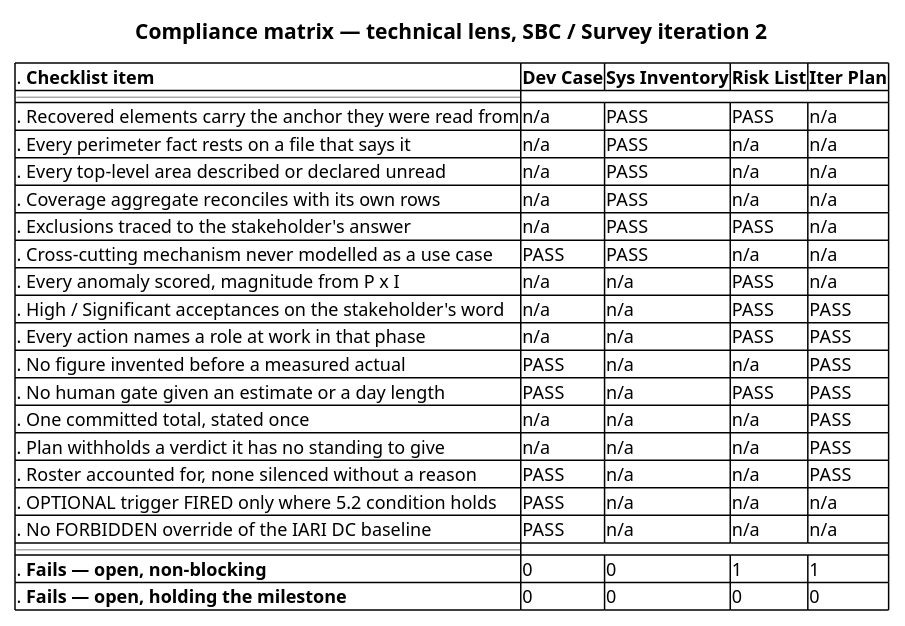
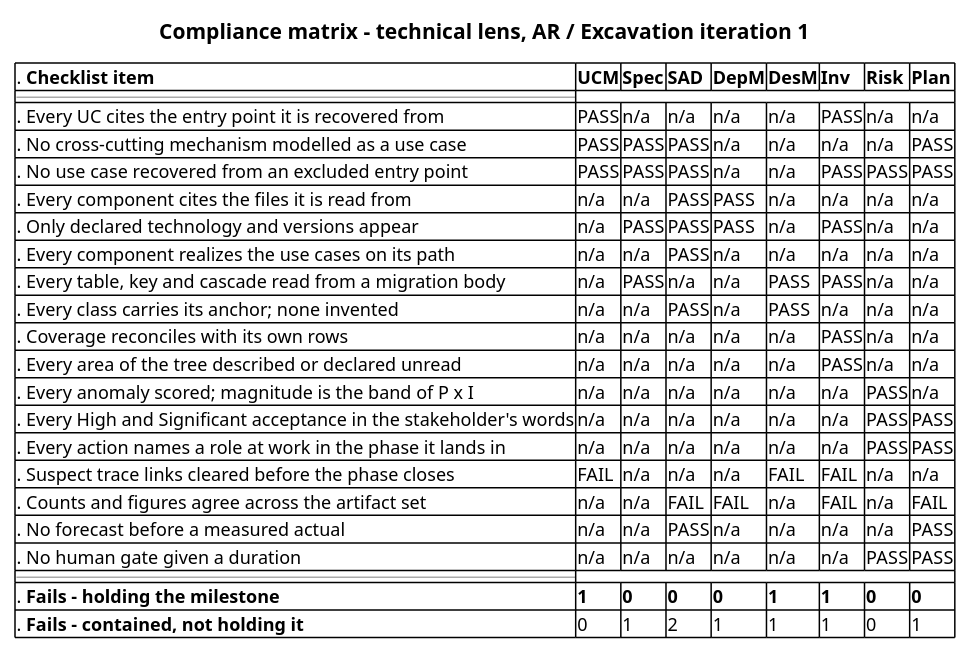
Before and after one commit to banense-test/TodoApp: the sixth of 15 diagrams in docs/artifacts/project-management/review-record.md, drawn with PlantUML. The commit also changed other lines of this file, not shown here.

First line of the commit message:
Reviewer [Excavation1]: upsert Review Record

````diff
--- a/docs/artifacts/project-management/review-record.md
+++ b/docs/artifacts/project-management/review-record.md
@@ -434,30 +558,33 @@
 ```plantuml
+@plantuml
 @startsalt
-title Compliance matrix — technical lens, SBC / Survey iteration 2
+title Compliance matrix - technical lens, AR / Excavation iteration 1
 {
   {#
-    . <b>Checklist item</b> | <b>Dev Case</b> | <b>Sys Inventory</b> | <b>Risk List</b> | <b>Iter Plan</b>
+    . <b>Checklist item</b> | <b>UCM</b> | <b>Spec</b> | <b>SAD</b> | <b>DepM</b> | <b>DesM</b> | <b>Inv</b> | <b>Risk</b> | <b>Plan</b>
     --
-    . Recovered elements carry the anchor they were read from | n/a | PASS | PASS | n/a
-    . Every perimeter fact rests on a file that says it | n/a | PASS | n/a | n/a
-    . Every top-level area described or declared unread | n/a | PASS | n/a | n/a
-    . Coverage aggregate reconciles with its own rows | n/a | PASS | n/a | n/a
-    . Exclusions traced to the stakeholder's answer | n/a | PASS | PASS | n/a
-    . Cross-cutting mechanism never modelled as a use case | PASS | PASS | n/a | n/a
-    . Every anomaly scored, magnitude from P x I | n/a | n/a | PASS | n/a
-    . High / Significant acceptances on the stakeholder's word | n/a | n/a | PASS | PASS
-    . Every action names a role at work in that phase | n/a | n/a | PASS | PASS
-    . No figure invented before a measured actual | PASS | n/a | n/a | PASS
-    . No human gate given an estimate or a day length | PASS | n/a | PASS | PASS
-    . One committed total, stated once | n/a | n/a | n/a | PASS
-    . Plan withholds a verdict it has no standing to give | n/a | n/a | n/a | PASS
-    . Roster accounted for, none silenced without a reason | PASS | n/a | n/a | PASS
-    . OPTIONAL trigger FIRED only where 5.2 condition holds | PASS | n/a | n/a | n/a
-    . No FORBIDDEN override of the IARI DC baseline | PASS | n/a | n/a | n/a
+    . Every UC cites the entry point it is recovered from | PASS | n/a | n/a | n/a | n/a | PASS | n/a | n/a
+    . No cross-cutting mechanism modelled as a use case | PASS | PASS | PASS | n/a | n/a | n/a | n/a | PASS
+    . No use case recovered from an excluded entry point | PASS | PASS | PASS | n/a | n/a | PASS | PASS | PASS
+    . Every component cites the files it is read from | n/a | n/a | PASS | PASS | n/a | n/a | n/a | n/a
+    . Only declared technology and versions appear | n/a | PASS | PASS | PASS | n/a | PASS | n/a | n/a
+    . Every component realizes the use cases on its path | n/a | n/a | PASS | n/a | n/a | n/a | n/a | n/a
+    . Every table, key and cascade read from a migration body | n/a | PASS | n/a | n/a | PASS | PASS | n/a | n/a
+    . Every class carries its anchor; none invented | n/a | n/a | PASS | n/a | PASS | n/a | n/a | n/a
+    . Coverage reconciles with its own rows | n/a | n/a | n/a | n/a | n/a | PASS | n/a | n/a
+    . Every area of the tree described or declared unread | n/a | n/a | n/a | n/a | n/a | PASS | n/a | n/a
+    . Every anomaly scored; magnitude is the band of P x I | n/a | n/a | n/a | n/a | n/a | n/a | PASS | n/a
+    . Every High and Significant acceptance in the stakeholder's words | n/a | n/a | n/a | n/a | n/a | n/a | PASS | PASS
+    . Every action names a role at work in the phase it lands in | n/a | n/a | n/a | n/a | n/a | n/a | PASS | PASS
+    . Suspect trace links cleared before the phase closes | FAIL | n/a | n/a | n/a | FAIL | FAIL | n/a | n/a
+    . Counts and figures agree across the artifact set | n/a | n/a | FAIL | FAIL | n/a | FAIL | n/a | FAIL
+    . No forecast before a measured actual | n/a | n/a | PASS | n/a | n/a | n/a | n/a | PASS
+    . No human gate given a duration | n/a | n/a | n/a | n/a | n/a | n/a | PASS | PASS
     --
-    . <b>Fails — open, non-blocking</b> | 0 | 0 | 1 | 1
-    . <b>Fails — open, holding the milestone</b> | 0 | 0 | 0 | 0
+    . <b>Fails - holding the milestone</b> | <b>1</b> | <b>0</b> | <b>0</b> | <b>0</b> | <b>1</b> | <b>1</b> | <b>0</b> | <b>0</b>
+    . <b>Fails - contained, not holding it</b> | 0 | 1 | 2 | 1 | 1 | 1 | 0 | 1
   }
 }
 @endsalt
+@enduml
 ```
````
